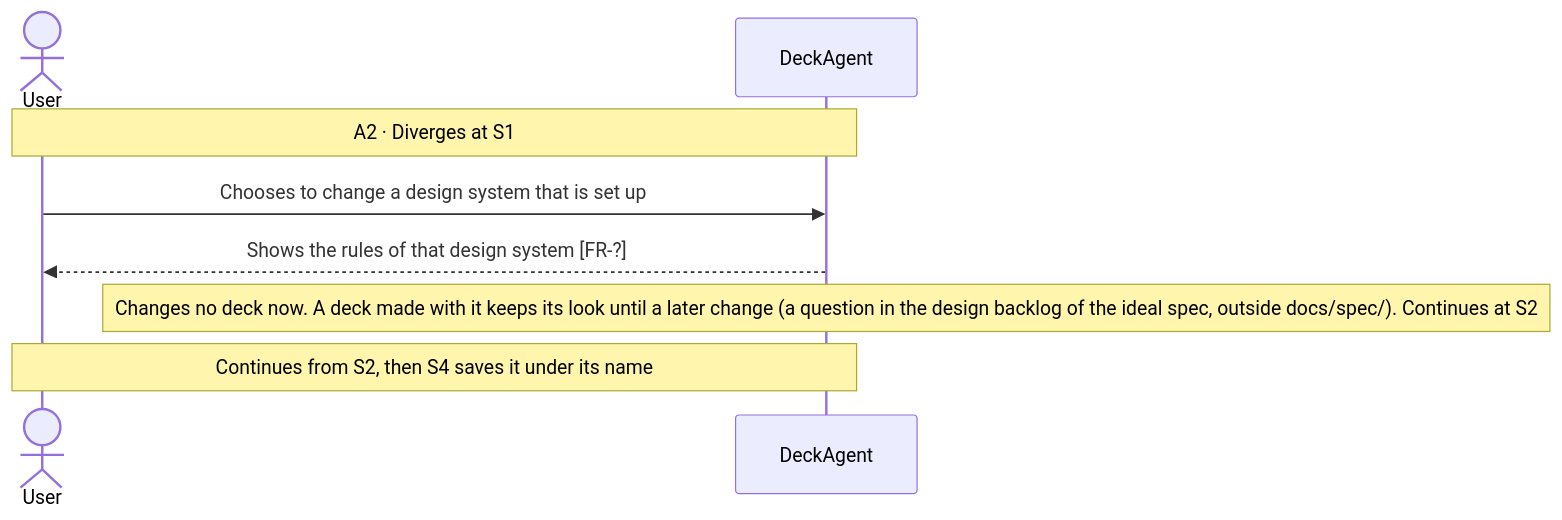
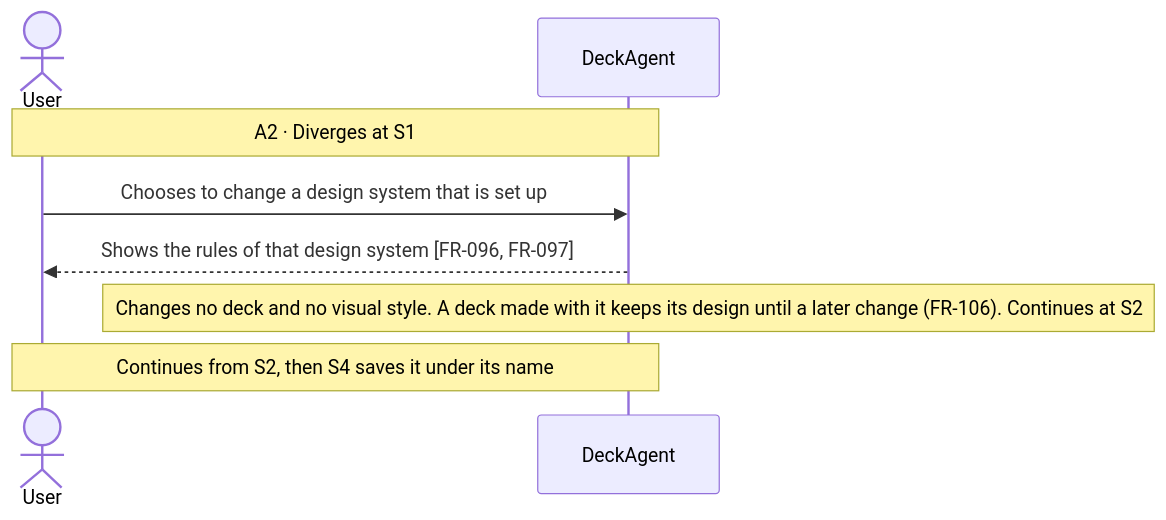
Before and after one commit to Luke23127006/DeckAgent: the third of 8 diagrams in docs/spec/03-use-cases/UC-010.md, drawn with Mermaid. The commit also changed other lines of this file and 31 other files, not shown here.

Commit message:
docs(spec): define independent design systems and visual styles

````diff
--- a/docs/spec/03-use-cases/UC-010.md
+++ b/docs/spec/03-use-cases/UC-010.md
@@ -75,10 +76,10 @@
 ```mermaid
 sequenceDiagram
     actor User
     participant DeckAgent
     Note over User,DeckAgent: A2 · Diverges at S1
     User->>DeckAgent: Chooses to change a design system that is set up
-    DeckAgent-->>User: Shows the rules of that design system [FR-?]
-    note over DeckAgent: Changes no deck now. A deck made with it keeps its look until a later change (a question in the design backlog of the ideal spec, outside docs/spec/). Continues at S2
+    DeckAgent-->>User: Shows the rules of that design system [FR-096, FR-097]
+    note over DeckAgent: Changes no deck and no visual style. A deck made with it keeps its design until a later change (FR-106). Continues at S2
     Note over User,DeckAgent: Continues from S2, then S4 saves it under its name
 ```
````
